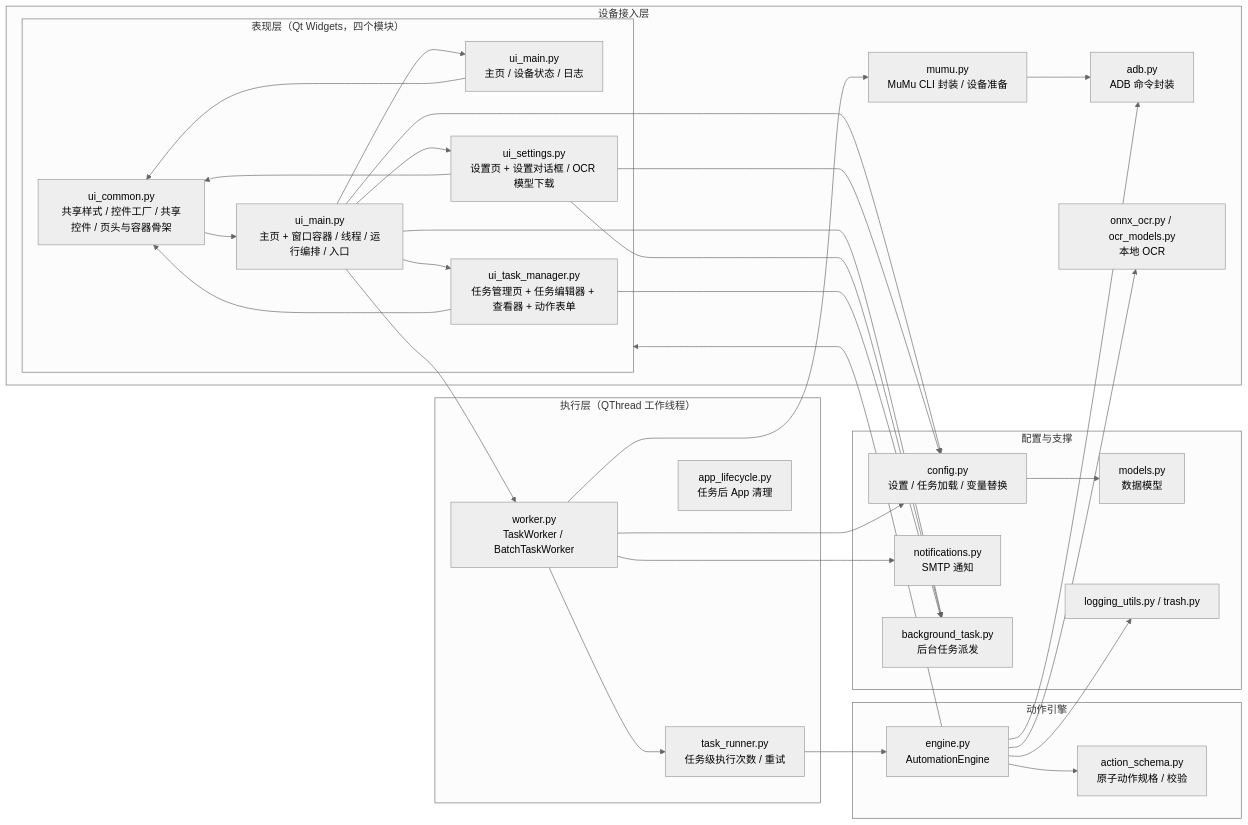
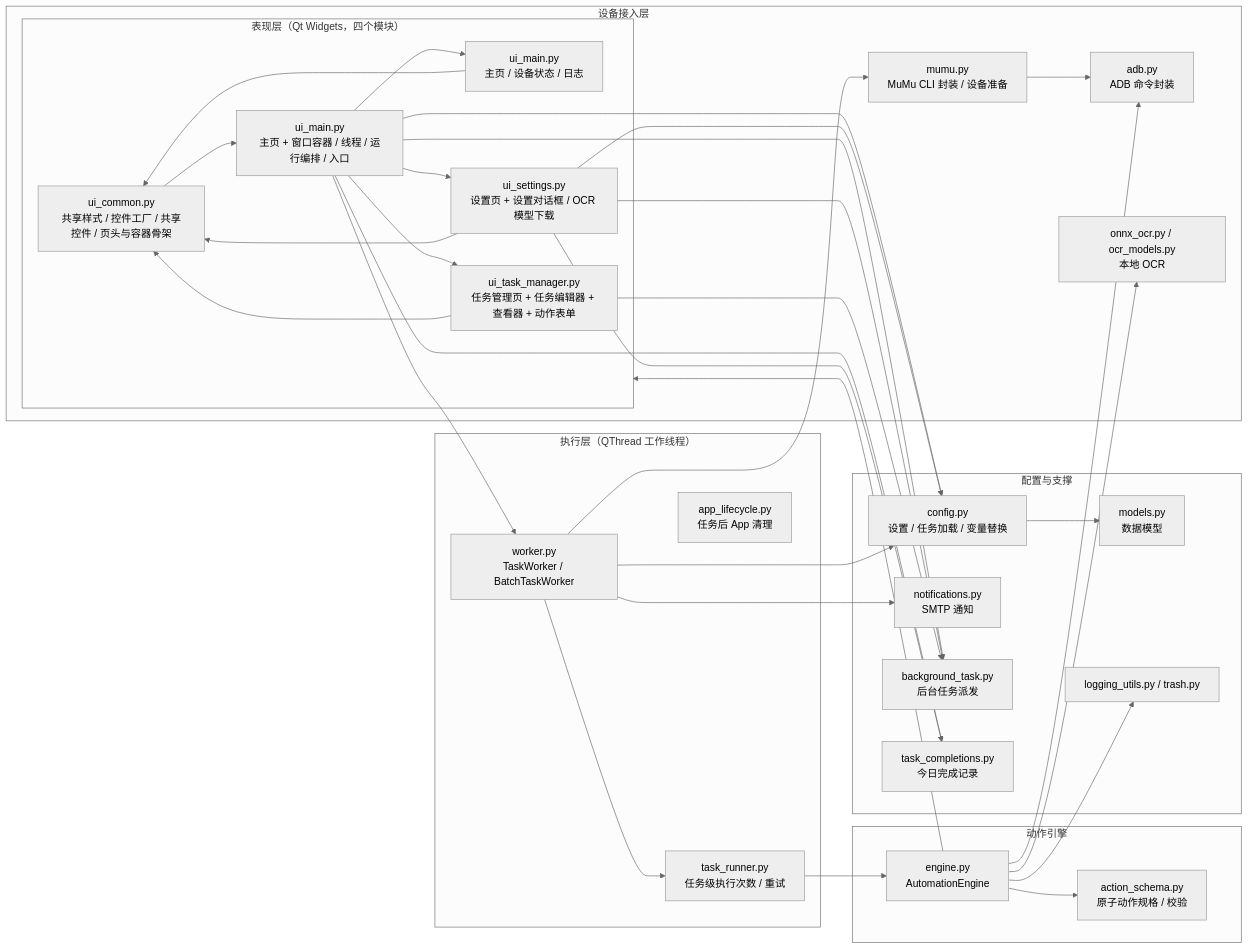
The first of 2 diagrams in ARCHITECTURE.md (AISYLE5/FREE), drawn with Mermaid (neutral theme) before and after one commit. The commit also changed other lines of this file and 14 other files, not shown here.

````diff
--- a/ARCHITECTURE.md
+++ b/ARCHITECTURE.md
@@ -9,62 +9,65 @@
 ```mermaid
 flowchart LR
     subgraph UI["表现层（Qt Widgets，四个模块）"]
         UC["ui_common.py<br/>共享样式 / 控件工厂 / 共享控件 / 页头与容器骨架"]
         MW["ui_main.py<br/>主页 + 窗口容器 / 线程 / 运行编排 / 入口"]
         MP["ui_main.py<br/>主页 / 设备状态 / 日志"]
         SP["ui_settings.py<br/>设置页 + 设置对话框 / OCR 模型下载"]
         TP["ui_task_manager.py<br/>任务管理页 + 任务编辑器 + 查看器 + 动作表单"]
     end
 
     subgraph RUN["执行层（QThread 工作线程）"]
         W["worker.py<br/>TaskWorker / BatchTaskWorker"]
         TR["task_runner.py<br/>任务级执行次数 / 重试"]
         EL["app_lifecycle.py<br/>任务后 App 清理"]
     end
 
     subgraph ENGINE["动作引擎"]
         E["engine.py<br/>AutomationEngine"]
         AS["action_schema.py<br/>原子动作规格 / 校验"]
     end
 
     subgraph DEVICE["设备接入层"]
         M["mumu.py<br/>MuMu CLI 封装 / 设备准备"]
         A["adb.py<br/>ADB 命令封装"]
         UI["device_ui.py<br/>设备侧 UI 层级快照 / 文本匹配（非界面）"]
         OCR["onnx_ocr.py / ocr_models.py<br/>本地 OCR"]
     end
 
     subgraph INFRA["配置与支撑"]
         CFG["config.py<br/>设置 / 任务加载 / 变量替换"]
         MOD["models.py<br/>数据模型"]
         NTF["notifications.py<br/>SMTP 通知"]
         BT["background_task.py<br/>后台任务派发"]
+        CMP["task_completions.py<br/>今日完成记录"]
         LOG["logging_utils.py / trash.py"]
     end
 
     MW --> W
     UC --> MW
     MP --> UC
     SP --> UC
     TP --> UC
     MW --> MP
     MW --> SP
     MW --> TP
     W --> TR
     TR --> E
     E --> AS
     E --> A
     E --> UI
     E --> OCR
     W --> M
     W --> NTF
     M --> A
     CFG --> MOD
     MW --> CFG
     SP --> CFG
     W --> CFG
     MW --> BT
+    MW --> CMP
+    SP --> CMP
     SP --> BT
     TP --> BT
     E --> LOG
 ```
````
